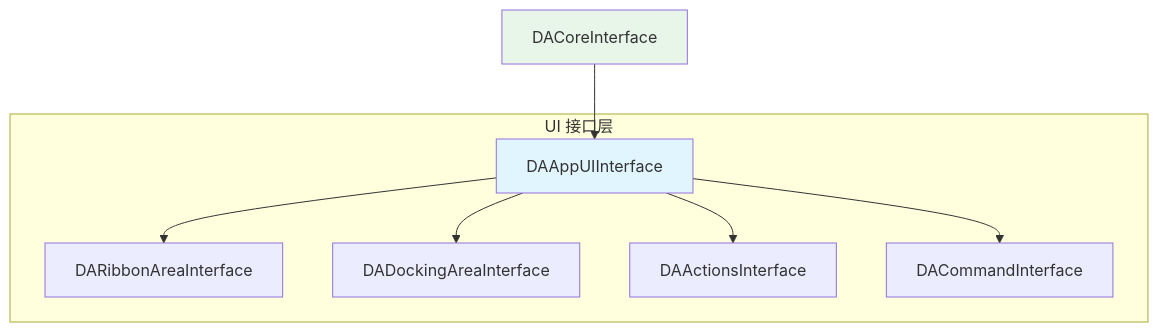
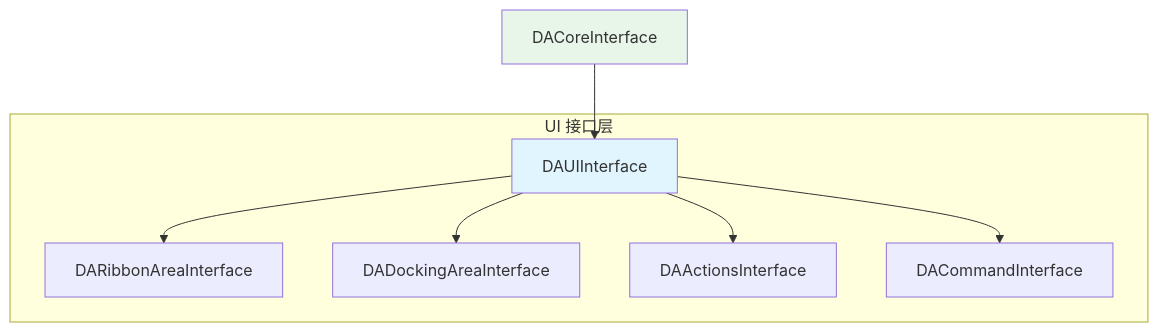
One commit to czyt1988/data-workbench changed the third of 4 diagrams in docs/zh/plugin-system.md. Above: the diagram before and after it, drawn with Mermaid. The commit also changed other lines of this file and 3 other files, not shown here.

Commit message:
docs(batch-A): fix project-structure, module-dependency, plugin-system, plugin-architecture

````diff
--- a/docs/zh/plugin-system.md
+++ b/docs/zh/plugin-system.md
@@ -355,21 +352,21 @@
 ```mermaid
 graph TB
     CI[DACoreInterface]
     
     subgraph "UI 接口层"
-        UI[DAAppUIInterface]
+        UI[DAUIInterface]
         RA[DARibbonAreaInterface]
         DA[DADockingAreaInterface]
         AI[DAActionsInterface]
         CI2[DACommandInterface]
     end
     
     CI --> UI
     UI --> RA
     UI --> DA
     UI --> AI
     UI --> CI2
     
     style CI fill:#e8f5e9
     style UI fill:#e1f5fe
 ```
````
